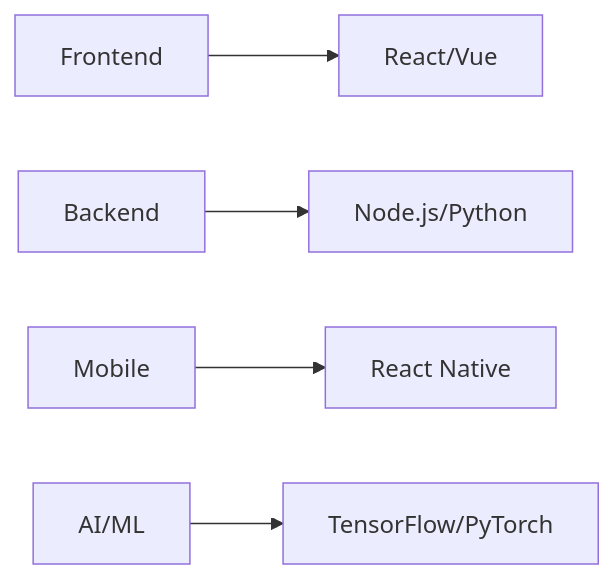
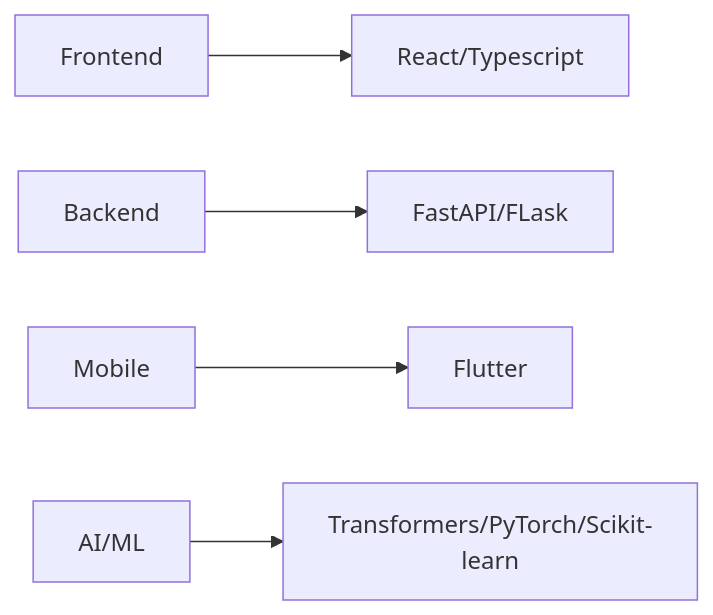
Before and after one commit to AdilzhanB/AdilzhanB: the diagram in README.md, drawn with Mermaid.

````diff
--- a/README.md
+++ b/README.md
@@ -76,7 +76,7 @@
 ```mermaid
 graph LR
-    A[Frontend] --> B[React/Vue]
-    C[Backend] --> D[Node.js/Python]
-    E[Mobile] --> F[React Native]
-    G[AI/ML] --> H[TensorFlow/PyTorch]
+    A[Frontend] --> B[React/Typescript]
+    C[Backend] --> D[FastAPI/FLask]
+    E[Mobile] --> F[Flutter]
+    G[AI/ML] --> H[Transformers/PyTorch/Scikit-learn]
 ```
````
